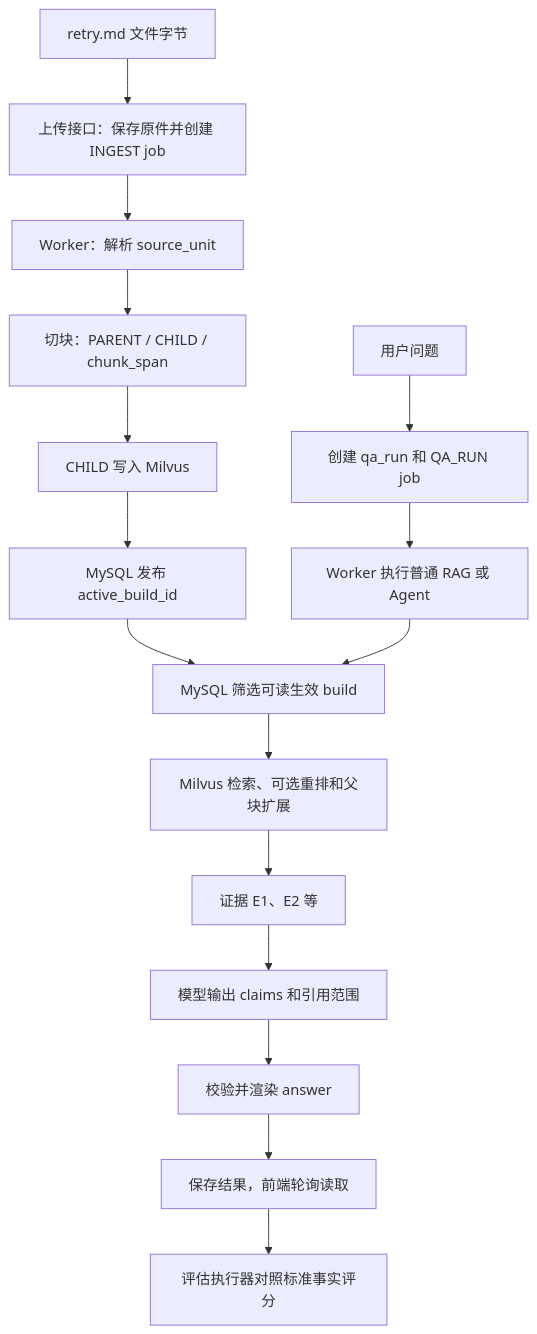
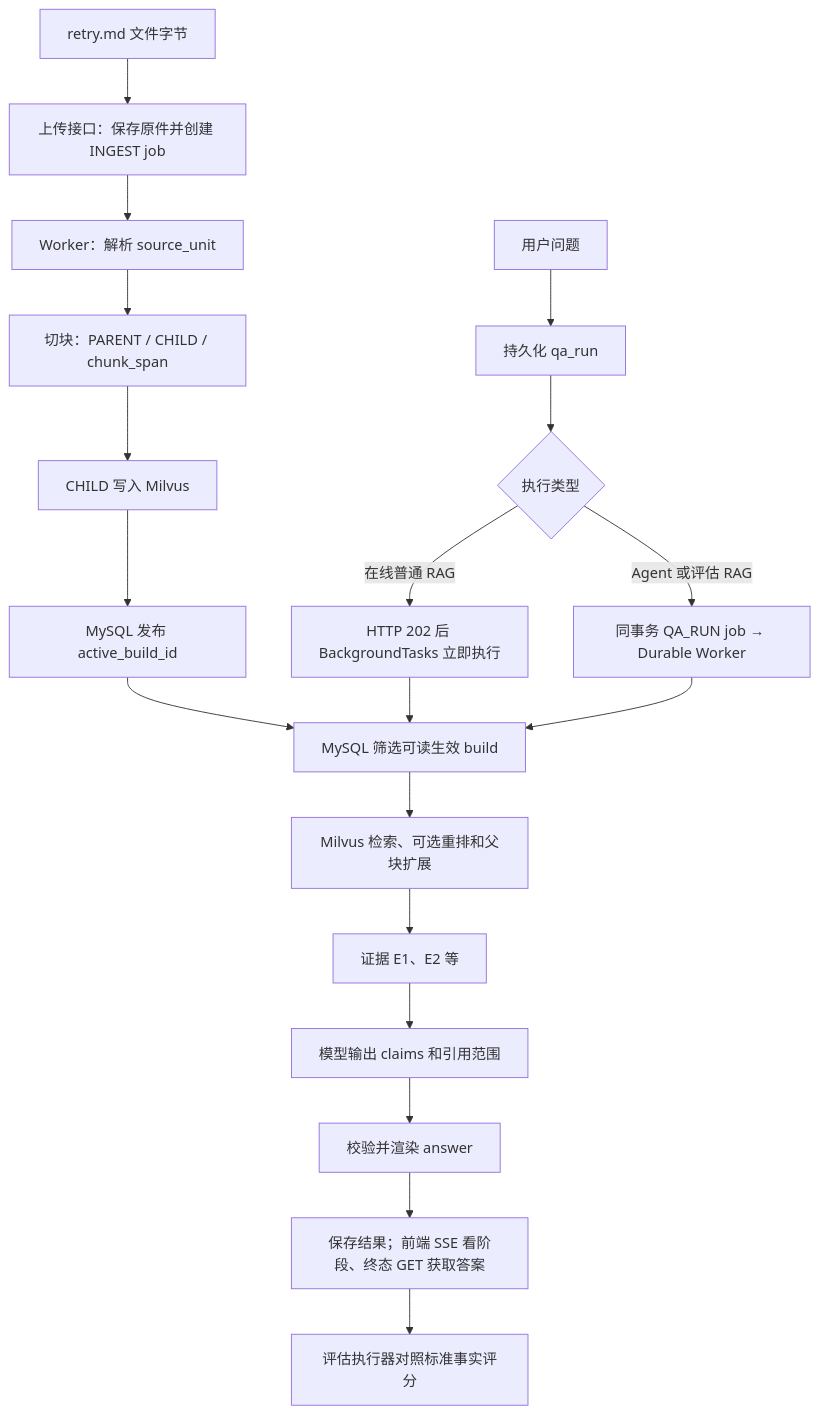
The diagram in docs/source-walkthrough.md (songsinfo/RAG), drawn with Mermaid before and after one commit. The commit also changed other lines of this file and 4 other files, not shown here.

First line of the commit message:
docs: synchronize realtime RAG and durable QA flow after PR #11 (#12)

````diff
--- a/docs/source-walkthrough.md
+++ b/docs/source-walkthrough.md
@@ -46,18 +46,21 @@
 ```mermaid
 flowchart TD
     A[retry.md 文件字节] --> B[上传接口：保存原件并创建 INGEST job]
     B --> C[Worker：解析 source_unit]
     C --> D[切块：PARENT / CHILD / chunk_span]
     D --> E[CHILD 写入 Milvus]
     E --> F[MySQL 发布 active_build_id]
-    Q[用户问题] --> R[创建 qa_run 和 QA_RUN job]
-    R --> S[Worker 执行普通 RAG 或 Agent]
+    Q[用户问题] --> R[持久化 qa_run]
+    R --> ROUTE{执行类型}
+    ROUTE -->|在线普通 RAG| DIRECT[HTTP 202 后 BackgroundTasks 立即执行]
+    ROUTE -->|Agent 或评估 RAG| DURABLE[同事务 QA_RUN job → Durable Worker]
     F --> T[MySQL 筛选可读生效 build]
-    S --> T
+    DIRECT --> T
+    DURABLE --> T
     T --> U[Milvus 检索、可选重排和父块扩展]
     U --> V[证据 E1、E2 等]
     V --> W[模型输出 claims 和引用范围]
     W --> X[校验并渲染 answer]
-    X --> Y[保存结果，前端轮询读取]
+    X --> Y[保存结果；前端 SSE 看阶段、终态 GET 获取答案]
     Y --> Z[评估执行器对照标准事实评分]
 ```
````
